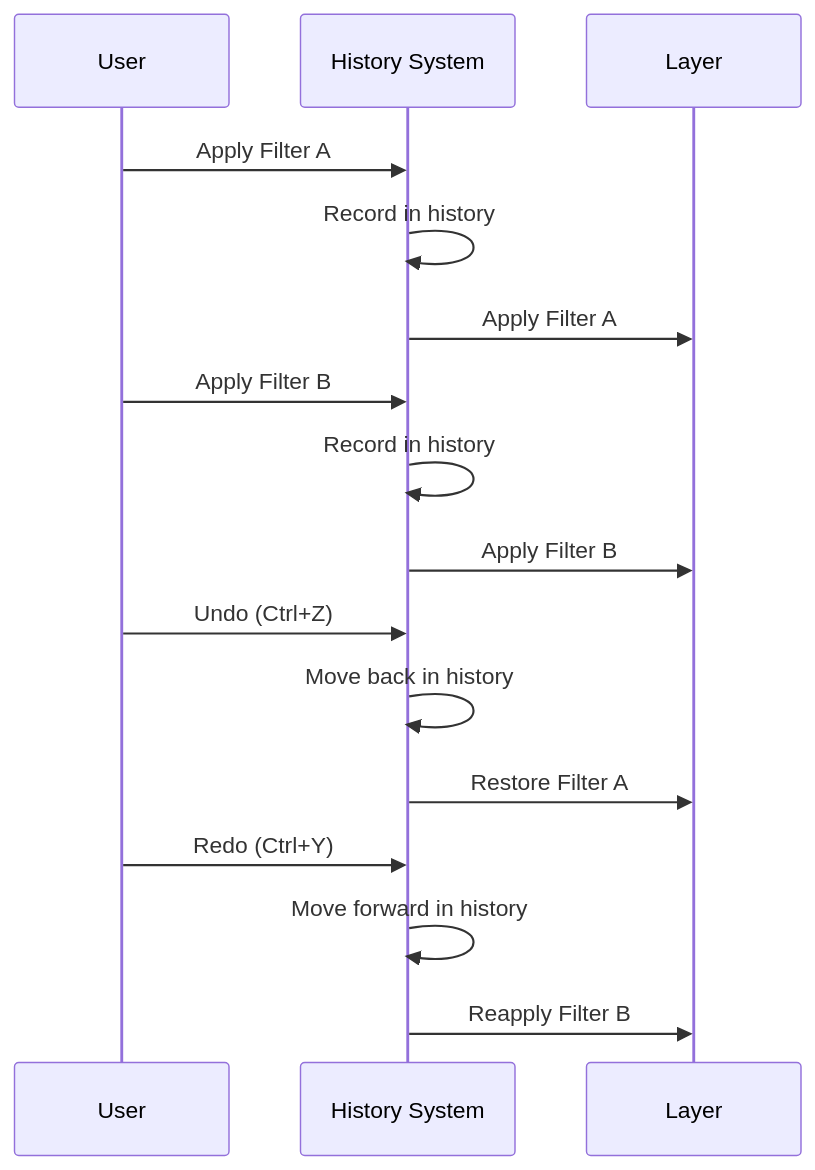
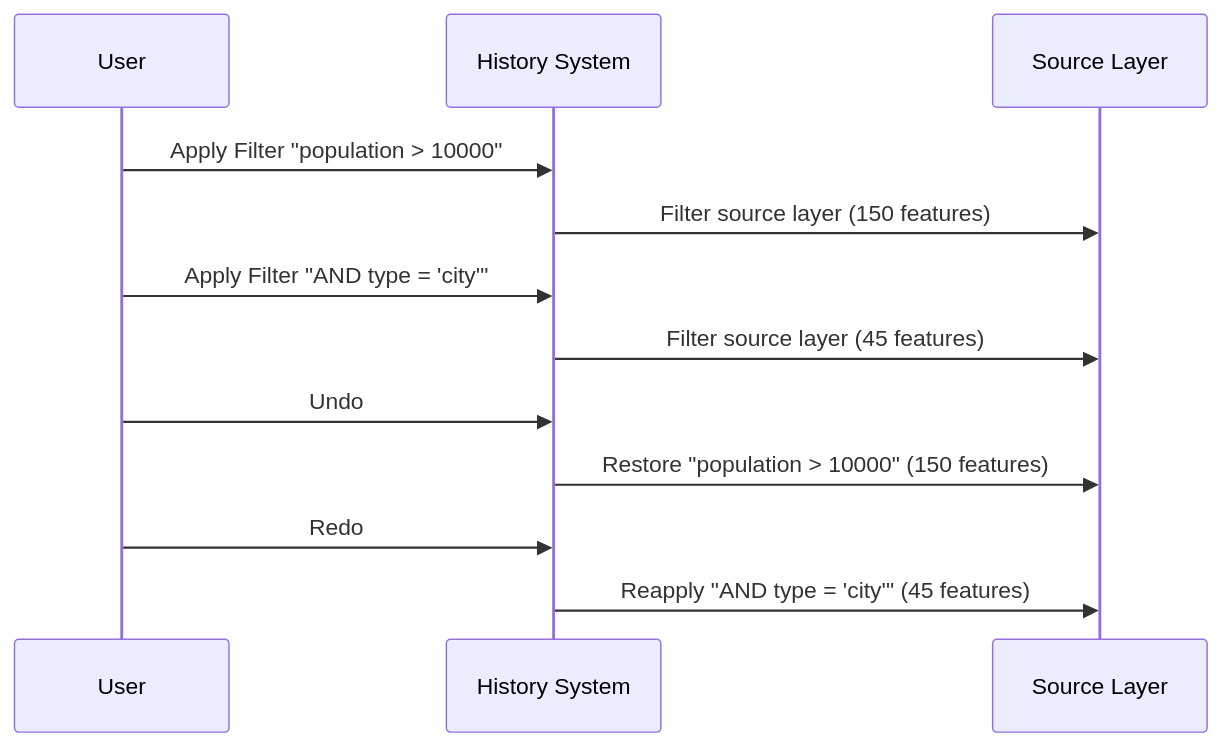
One commit to sducournau/filter_mate changed the first of 2 diagrams in website/docs/user-guide/filter-history.md. Above: the diagram before and after it, drawn with Mermaid. The commit also changed other lines of this file and 67 other files, not shown here.

````diff
--- a/website/docs/user-guide/filter-history.md
+++ b/website/docs/user-guide/filter-history.md
@@ -85,22 +59,18 @@
 ```mermaid
 sequenceDiagram
     participant U as User
     participant H as History System
-    participant L as Layer
+    participant S as Source Layer
     
-    U->>H: Apply Filter A
-    H->>H: Record in history
-    H->>L: Apply Filter A
+    U->>H: Apply Filter "population > 10000"
+    H->>S: Filter source layer (150 features)
     
-    U->>H: Apply Filter B
-    H->>H: Record in history
-    H->>L: Apply Filter B
+    U->>H: Apply Filter "AND type = 'city'"
+    H->>S: Filter source layer (45 features)
     
-    U->>H: Undo (Ctrl+Z)
-    H->>H: Move back in history
-    H->>L: Restore Filter A
+    U->>H: Undo
+    H->>S: Restore "population > 10000" (150 features)
     
-    U->>H: Redo (Ctrl+Y)
-    H->>H: Move forward in history
-    H->>L: Reapply Filter B
+    U->>H: Redo
+    H->>S: Reapply "AND type = 'city'" (45 features)
 ```
````
